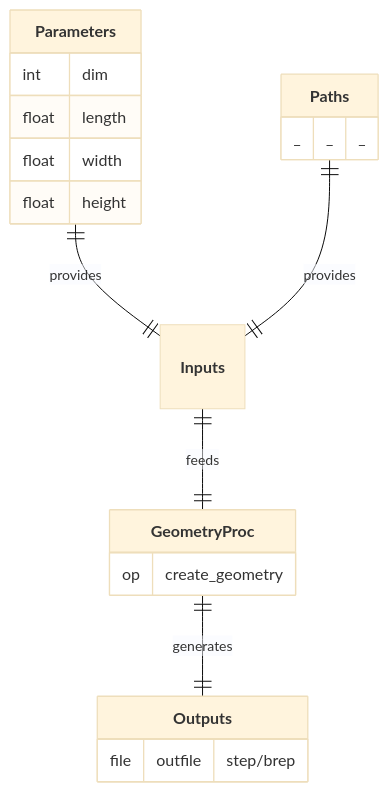
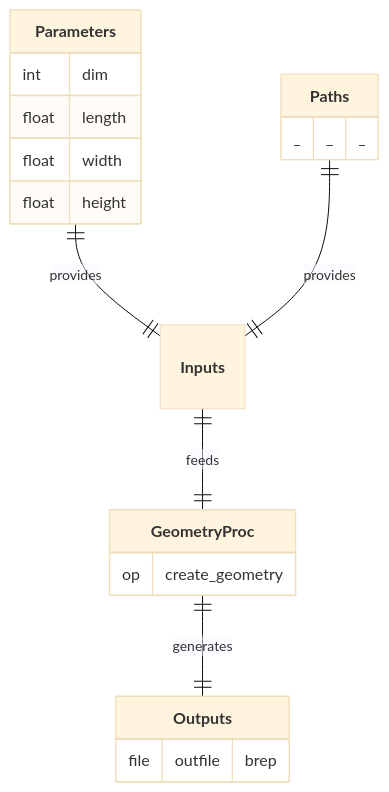
The diagram in src/nuremics_labs/apps/simulation/CANTILEVER_SHEAR_APP/procs/GeometryProc/README.md (nuremics/sim-labs), drawn with Mermaid (base theme) before and after one commit. The commit also changed other lines of this file and 4 other files, not shown here.

````diff
--- a/src/nuremics_labs/apps/simulation/CANTILEVER_SHEAR_APP/procs/GeometryProc/README.md
+++ b/src/nuremics_labs/apps/simulation/CANTILEVER_SHEAR_APP/procs/GeometryProc/README.md
@@ -13,23 +12,23 @@
 ```mermaid
 erDiagram
   **Parameters** ||--|| **Inputs** : provides
   **Paths** ||--|| **Inputs** : provides
   **Inputs** ||--|| **GeometryProc** : feeds
   **GeometryProc** ||--|| **Outputs** : generates
 
   **Parameters** {
     int dim
     float length
     float width
     float height
   }
   **Paths** {
     _ _ "_"
   }
   **GeometryProc** {
     op create_geometry
   }
   **Outputs** {
-    file outfile "step/brep"
+    file outfile "brep"
   }
 ```
````
